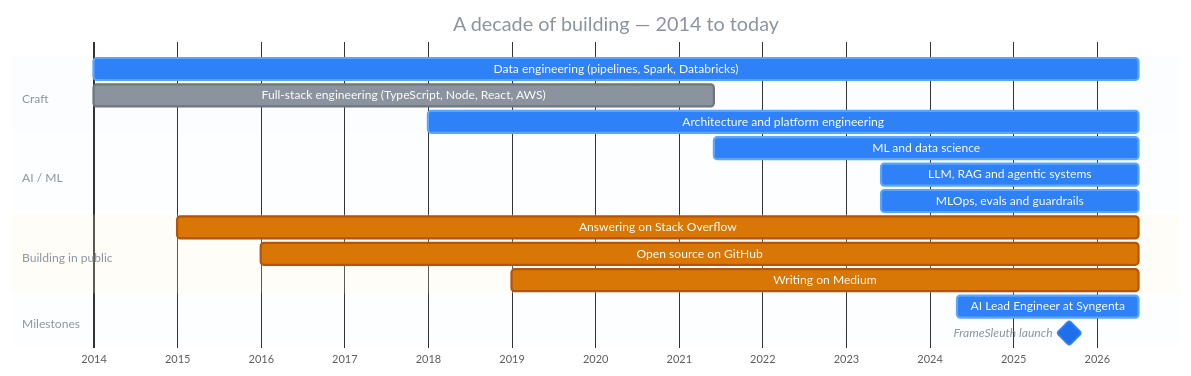
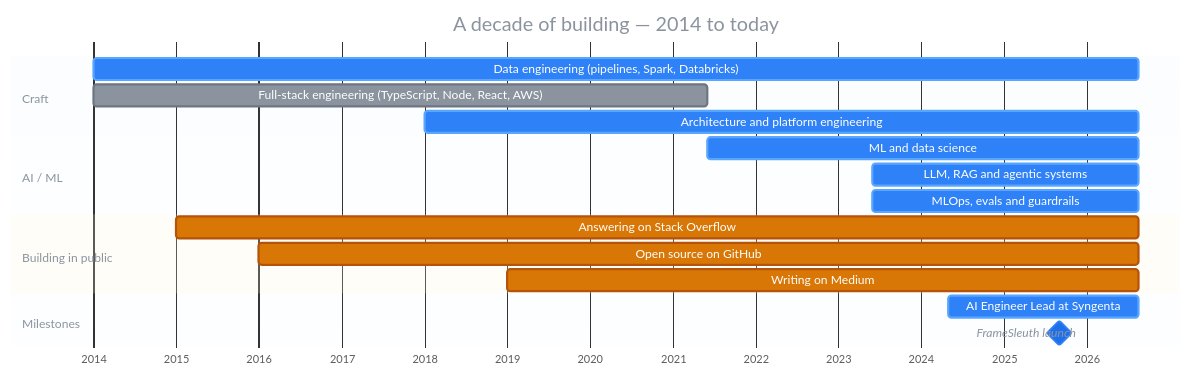
The first of 2 diagrams in README.md (santoshshinde2012/santoshshinde2012), drawn with Mermaid before and after one commit. The commit also changed other lines of this file, not shown here.

````diff
--- a/README.md
+++ b/README.md
@@ -89,27 +100,27 @@
 ```mermaid
 %%{init: {'theme':'base','themeVariables':{'fontFamily':'Fira Code, monospace','taskBkgColor':'#1F6FEB','taskBorderColor':'#2F81F7','activeTaskBkgColor':'#2F81F7','activeTaskBorderColor':'#58A6FF','doneTaskBkgColor':'#8B949E','doneTaskBorderColor':'#6E7681','critBkgColor':'#D97706','critBorderColor':'#B45309','critTextColor':'#ffffff','milestoneBkgColor':'#238636','milestoneBorderColor':'#2EA043','taskTextColor':'#ffffff','taskTextDarkColor':'#ffffff','taskTextLightColor':'#ffffff','taskTextOutsideColor':'#8B949E','gridColor':'#30363D','todayLineColor':'#F85149','titleColor':'#8B949E','sectionBkgColor':'#2F81F714','altSectionBkgColor':'#2F81F70A'}}}%%
 gantt
     title A decade of building — 2014 to today
     dateFormat YYYY-MM-DD
     axisFormat %Y
     tickInterval 1year
 
     section Craft
-    Data engineering (pipelines, Spark, Databricks)      :active, de,   2014-01-01, 2026-07-01
+    Data engineering (pipelines, Spark, Databricks)      :active, de,   2014-01-01, 2026-08-17
     Full-stack engineering (TypeScript, Node, React, AWS) :done,   fs,   2014-01-01, 2021-06-01
-    Architecture and platform engineering                :active, arch, 2018-01-01, 2026-07-01
+    Architecture and platform engineering                :active, arch, 2018-01-01, 2026-08-17
 
     section AI / ML
-    ML and data science                                  :active, ml,   2021-06-01, 2026-07-01
-    LLM, RAG and agentic systems                         :active, llm,  2023-06-01, 2026-07-01
-    MLOps, evals and guardrails                          :active, ops,  2023-06-01, 2026-07-01
+    ML and data science                                  :active, ml,   2021-06-01, 2026-08-17
+    LLM, RAG and agentic systems                         :active, llm,  2023-06-01, 2026-08-17
+    MLOps, evals and guardrails                          :active, ops,  2023-06-01, 2026-08-17
 
     section Building in public
-    Answering on Stack Overflow                          :crit, so,   2015-01-01, 2026-07-01
-    Open source on GitHub                                :crit, gh,   2016-01-01, 2026-07-01
-    Writing on Medium                                    :crit, med,  2019-01-01, 2026-07-01
+    Answering on Stack Overflow                          :crit, so,   2015-01-01, 2026-08-17
+    Open source on GitHub                                :crit, gh,   2016-01-01, 2026-08-17
+    Writing on Medium                                    :crit, med,  2019-01-01, 2026-08-17
 
     section Milestones
-    AI Lead Engineer at Syngenta                         :active,    syn, 2024-05-01, 2026-07-01
+    AI Engineer Lead at Syngenta                         :active,    syn, 2024-05-01, 2026-08-17
     FrameSleuth launch                                   :milestone, fsl, 2025-09-01, 0d
 ```
````
